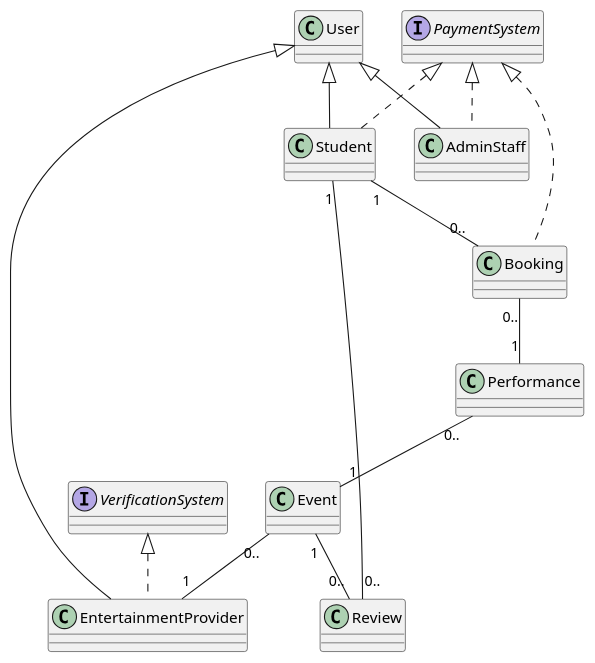
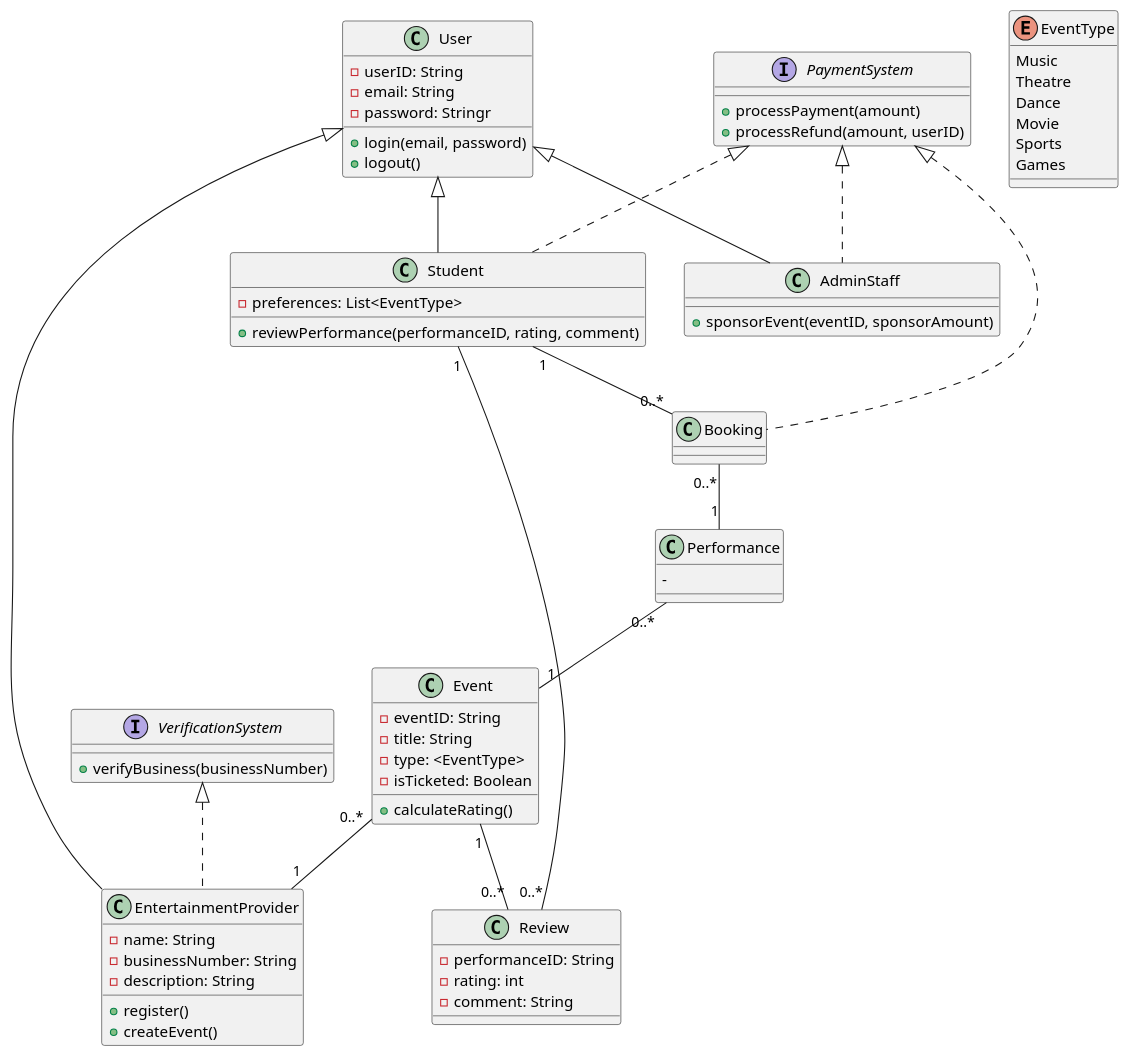
The diagram in CW2/Task2.puml (Inf2-SEPP-CW-2026/CourseWork), drawn with PlantUML before and after one commit.

```diff
--- a/CW2/Task2.puml
+++ b/CW2/Task2.puml
@@ -1,36 +1,85 @@
 @startuml
+class User {
+    - userID: String
+    - email: String
+    - password: Stringr
+    + login(email, password)
+    + logout()
+}
 
-class User {
+class EntertainmentProvider {
+    - name: String
+    - businessNumber: String
+    - description: String
+    + register()
+    + createEvent()
+}
+
+class AdminStaff {
+    + sponsorEvent(eventID, sponsorAmount)
+}
+
+class Student {
+    - preferences: List<EventType>
+    + reviewPerformance(performanceID, rating, comment)
+}
+
+class Performance {
+    - 
+}
+
+class Booking {
 
 }
-class EntertainmentProvider
-class AdminStaff
-class Student
-class Performance
-class Booking
-class Review
-class Event
 
-interface VerificationSystem
-interface PaymentSystem
+class Review {
+    - performanceID: String
+    - rating: int
+    - comment: String
+}
+
+class Event {
+    - eventID: String
+    - title: String
+    - type: <EventType>
+    - isTicketed: Boolean
+    + calculateRating()
+}
+
+interface VerificationSystem {
+    + verifyBusiness(businessNumber)
+}
+
+interface PaymentSystem {
+    + processPayment(amount)
+    + processRefund(amount, userID)
+}
+
+enum EventType {
+   Music
+   Theatre
+   Dance
+   Movie
+   Sports
+   Games
+}
 
 User <|-- Student
 User <|-- AdminStaff
 User <|-- EntertainmentProvider
 
-Student "1" -- "0.." Review
-Student "1" -- "0.." Booking
+Student "1" -- "0..*" Review
+Student "1" -- "0..*" Booking
 
 
 VerificationSystem <|.. EntertainmentProvider
 
 PaymentSystem <|.. Student
 PaymentSystem <|.. AdminStaff
 PaymentSystem <|.. Booking
 
-Booking "0.." -- "1" Performance
-Performance "0.." -- "1" Event
-Event "0.." -- "1" EntertainmentProvider
-Event "1" -- "0.." Review
-
+Booking "0..*" -- "1" Performance
+Performance "0..*" -- "1" Event
+Event "0..*" -- "1" EntertainmentProvider
+Event "1" -- "0..*" Review
 @enduml
```
